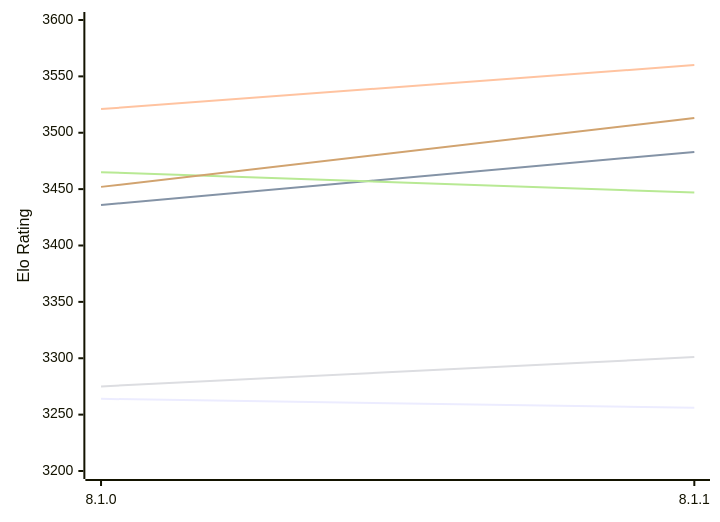
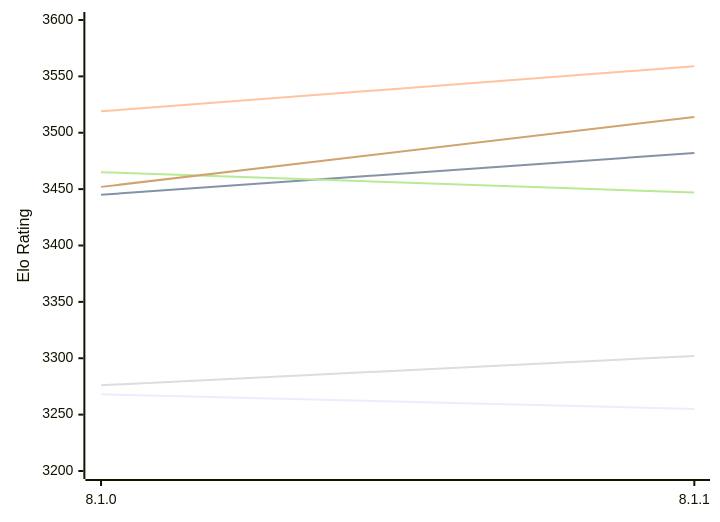
The first of 2 diagrams in engines/Velvet.md (computer-chess-index/cci), drawn with Mermaid before and after one commit. The commit also changed other lines of this file, not shown here.

Commit message:
Update CCI Ratings (ELO VLTC) - 2026-11-28

````diff
--- a/engines/Velvet.md
+++ b/engines/Velvet.md
@@ -51,12 +51,12 @@
 ```mermaid
 %%{init: {"theme":"base","themeVariables":{"seriesColors:['#a3a3a3','#222221','#faa371']}}}%%
 xychart-beta
   x-axis ["8.1.0", "8.1.1"]
   y-axis "Elo Rating" 3200 --> 3600
-  line "E1: STC (8.0+0.08s)" [3264, 3256]
-  line "E1: LTC (60.0+0.60s)" [3436, 3483]
-  line "E1: VLTC (2m24s+1.12s)" [3521, 3560]
-  line "P1: STC (8.0+0.08s)" [3275, 3301]
+  line "E1: STC (8.0+0.08s)" [3268, 3255]
+  line "E1: LTC (60.0+0.60s)" [3445, 3482]
+  line "E1: VLTC (2m24s+1.12s)" [3519, 3559]
+  line "P1: STC (8.0+0.08s)" [3276, 3302]
   line "P1: LTC (60.0+0.60s)" [3465, 3447]
-  line "P1: VLTC (2m24s+1.12s)" [3452, 3513]
+  line "P1: VLTC (2m24s+1.12s)" [3452, 3514]
 ```
````
